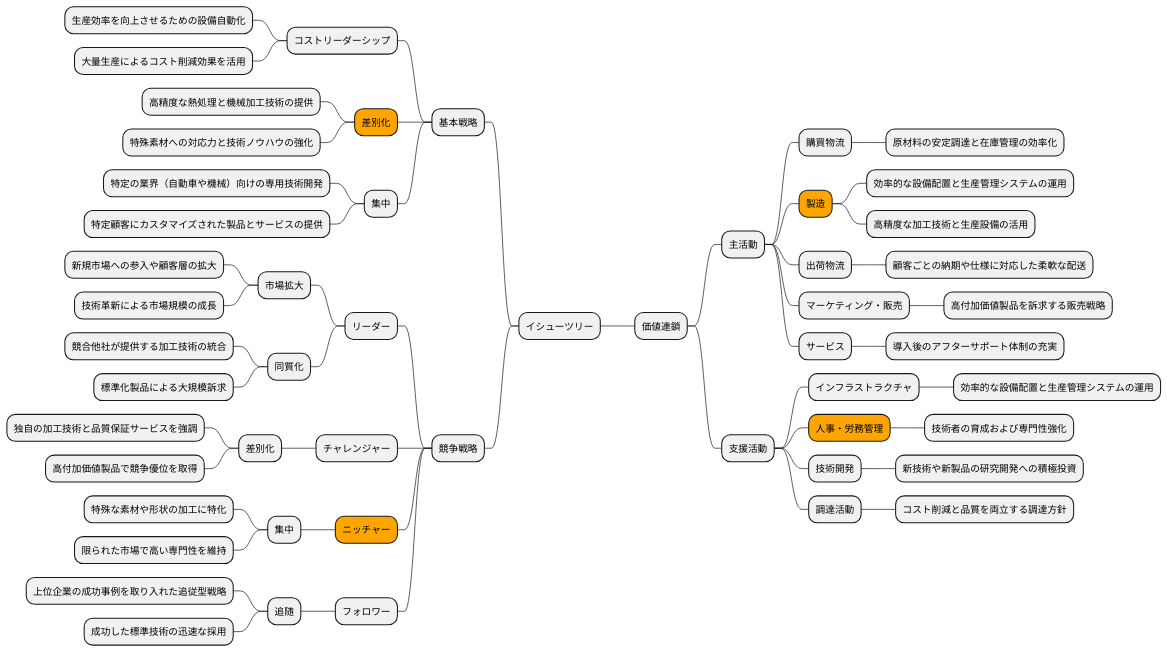
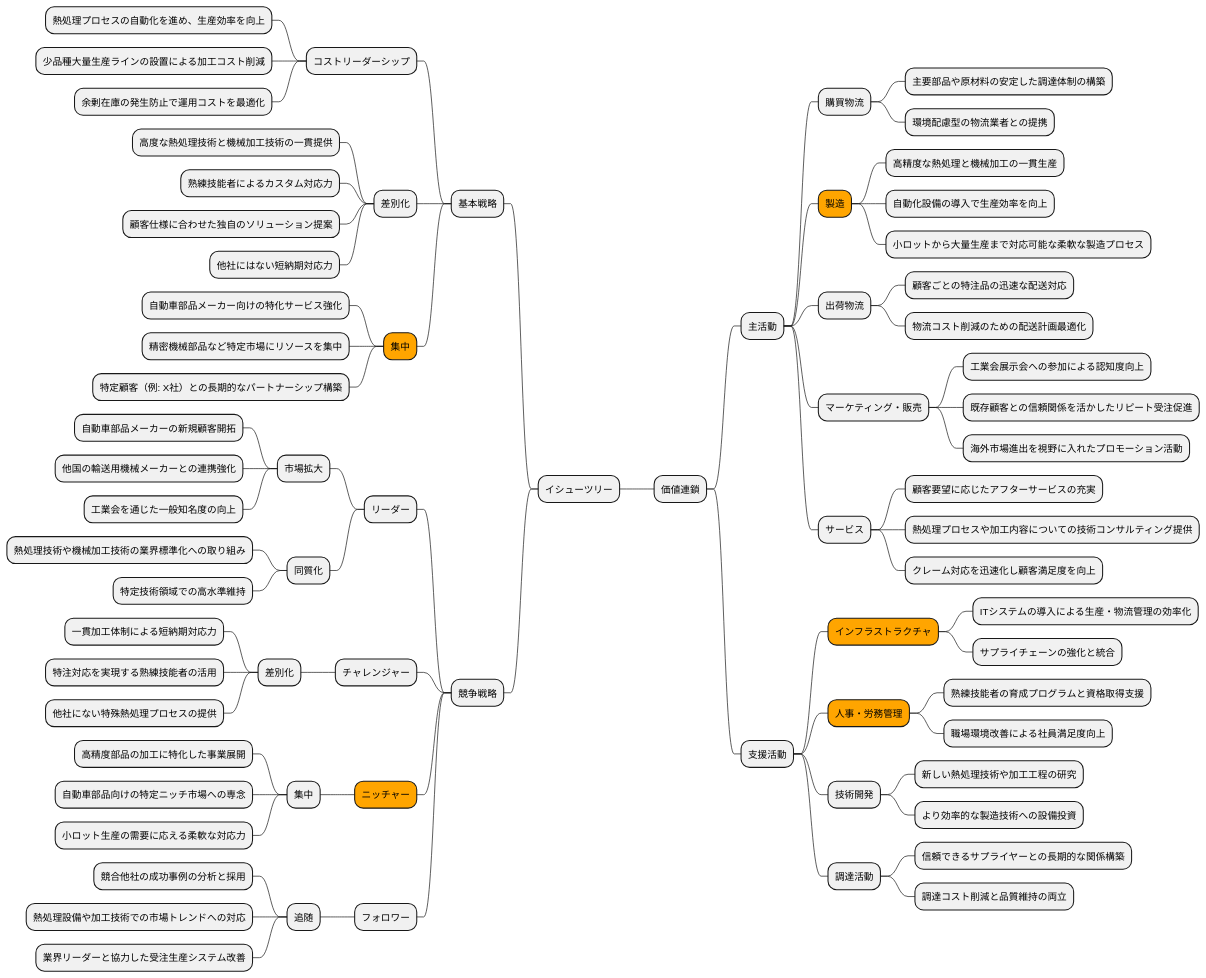
Diagram 11 of 19 in docs/case/r01_case_3.adoc (k2works/case-study-business-analysis), drawn with PlantUML before and after one commit. The commit also changed other lines of this file, not shown here.

```diff
--- a/docs/case/r01_case_3.adoc
+++ b/docs/case/r01_case_3.adoc
@@ -423,62 +434,81 @@
 [plantuml]
 ----
 @startmindmap
 
 * イシューツリー
 left side
 ** 基本戦略
 *** コストリーダーシップ
-**** 生産効率を向上させるための設備自動化
-**** 大量生産によるコスト削減効果を活用
-***[#orange] 差別化
-**** 高精度な熱処理と機械加工技術の提供
-**** 特殊素材への対応力と技術ノウハウの強化
-*** 集中
-**** 特定の業界（自動車や機械）向けの専用技術開発
-**** 特定顧客にカスタマイズされた製品とサービスの提供
+**** 熱処理プロセスの自動化を進め、生産効率を向上
+**** 少品種大量生産ラインの設置による加工コスト削減
+**** 余剰在庫の発生防止で運用コストを最適化
+*** 差別化
+**** 高度な熱処理技術と機械加工技術の一貫提供
+**** 熟練技能者によるカスタム対応力
+**** 顧客仕様に合わせた独自のソリューション提案
+**** 他社にはない短納期対応力
+***[#orange] 集中
+**** 自動車部品メーカー向けの特化サービス強化
+**** 精密機械部品など特定市場にリソースを集中
+**** 特定顧客（例: X社）との長期的なパートナーシップ構築
 ** 競争戦略
 *** リーダー
 **** 市場拡大
-***** 新規市場への参入や顧客層の拡大
-***** 技術革新による市場規模の成長
+***** 自動車部品メーカーの新規顧客開拓
+***** 他国の輸送用機械メーカーとの連携強化
+***** 工業会を通じた一般知名度の向上
 **** 同質化
-***** 競合他社が提供する加工技術の統合
-***** 標準化製品による大規模訴求
+***** 熱処理技術や機械加工技術の業界標準化への取り組み
+***** 特定技術領域での高水準維持
 *** チャレンジャー
 **** 差別化
-***** 独自の加工技術と品質保証サービスを強調
-***** 高付加価値製品で競争優位を取得
+***** 一貫加工体制による短納期対応力
+***** 特注対応を実現する熟練技能者の活用
+***** 他社にない特殊熱処理プロセスの提供
 ***[#orange] ニッチャー
 **** 集中
-***** 特殊な素材や形状の加工に特化
-***** 限られた市場で高い専門性を維持
+***** 高精度部品の加工に特化した事業展開
+***** 自動車部品向けの特定ニッチ市場への専念
+***** 小ロット生産の需要に応える柔軟な対応力
 *** フォロワー
 **** 追随
-***** 上位企業の成功事例を取り入れた追従型戦略
-***** 成功した標準技術の迅速な採用
+***** 競合他社の成功事例の分析と採用
+***** 熱処理設備や加工技術での市場トレンドへの対応
+***** 業界リーダーと協力した受注生産システム改善
 right side
 ** 価値連鎖
 *** 主活動
 **** 購買物流
-***** 原材料の安定調達と在庫管理の効率化
+***** 主要部品や原材料の安定した調達体制の構築
+***** 環境配慮型の物流業者との提携
 ****[#orange] 製造
-***** 効率的な設備配置と生産管理システムの運用
-***** 高精度な加工技術と生産設備の活用
+***** 高精度な熱処理と機械加工の一貫生産
+***** 自動化設備の導入で生産効率を向上
+***** 小ロットから大量生産まで対応可能な柔軟な製造プロセス
 **** 出荷物流
-***** 顧客ごとの納期や仕様に対応した柔軟な配送
+***** 顧客ごとの特注品の迅速な配送対応
+***** 物流コスト削減のための配送計画最適化
 **** マーケティング・販売
-***** 高付加価値製品を訴求する販売戦略
+***** 工業会展示会への参加による認知度向上
+***** 既存顧客との信頼関係を活かしたリピート受注促進
+***** 海外市場進出を視野に入れたプロモーション活動
 **** サービス
-***** 導入後のアフターサポート体制の充実
+***** 顧客要望に応じたアフターサービスの充実
+***** 熱処理プロセスや加工内容についての技術コンサルティング提供
+***** クレーム対応を迅速化し顧客満足度を向上
 *** 支援活動
-**** インフラストラクチャ
-***** 効率的な設備配置と生産管理システムの運用
+****[#orange] インフラストラクチャ
+***** ITシステムの導入による生産・物流管理の効率化
+***** サプライチェーンの強化と統合
 ****[#orange] 人事・労務管理
-***** 技術者の育成および専門性強化
+***** 熟練技能者の育成プログラムと資格取得支援
+***** 職場環境改善による社員満足度向上
 **** 技術開発
-***** 新技術や新製品の研究開発への積極投資
+***** 新しい熱処理技術や加工工程の研究
+***** より効率的な製造技術への設備投資
 **** 調達活動
-***** コスト削減と品質を両立する調達方針
+***** 信頼できるサプライヤーとの長期的な関係構築
+***** 調達コスト削減と品質維持の両立
 
 @endmindmap
 ----
```
